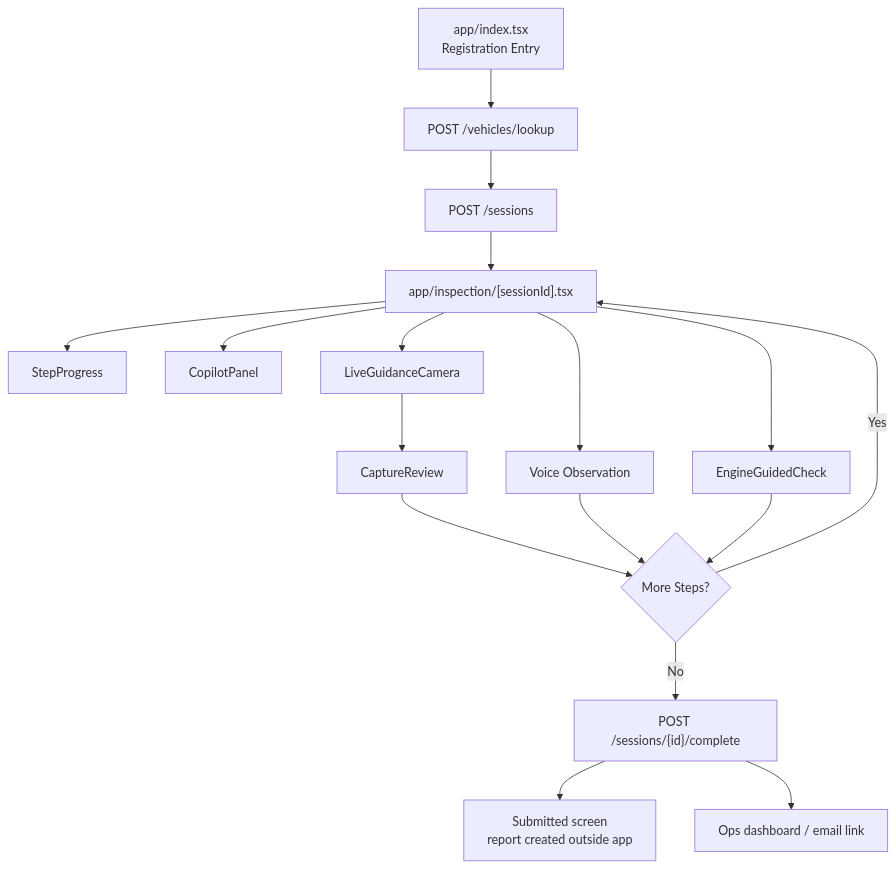
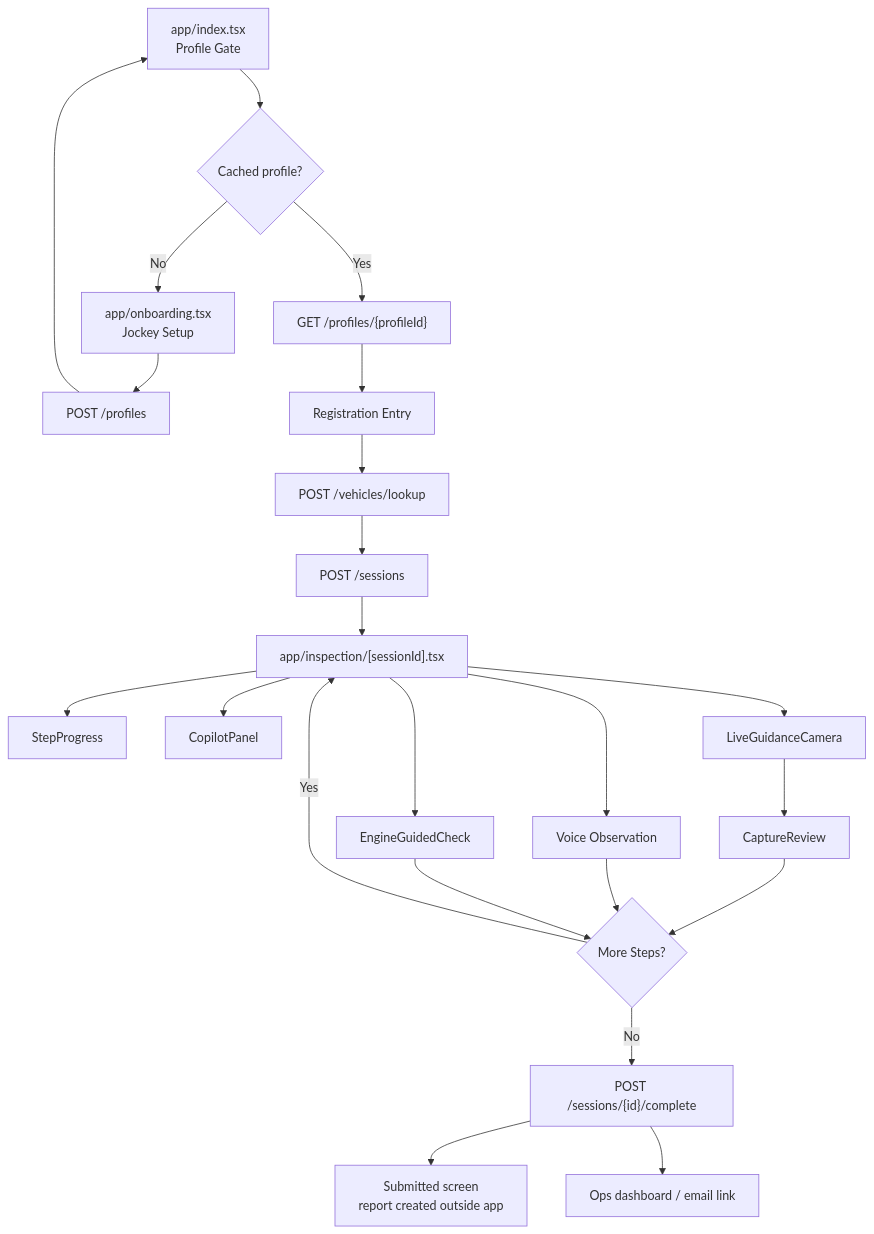
Before and after one commit to adityabhattad2021/Inspection-Copilot: the second of 20 diagrams in ARCHITECTURE.md, drawn with Mermaid. The commit also changed other lines of this file and 18 other files, not shown here.

````diff
--- a/ARCHITECTURE.md
+++ b/ARCHITECTURE.md
@@ -76,21 +79,27 @@
 ```mermaid
 flowchart TD
-  Start["app/index.tsx<br/>Registration Entry"] --> LookupAPI["POST /vehicles/lookup"]
+  Start["app/index.tsx<br/>Profile Gate"] --> ProfileCache{"Cached profile?"}
+  ProfileCache -->|No| Onboarding["app/onboarding.tsx<br/>Jockey Setup"]
+  ProfileCache -->|Yes| GetProfile["GET /profiles/{profileId}"]
+  Onboarding --> CreateProfile["POST /profiles"]
+  CreateProfile --> Start
+  GetProfile --> Lookup["Registration Entry"]
+  Lookup --> LookupAPI["POST /vehicles/lookup"]
   LookupAPI --> SessionAPI["POST /sessions"]
   SessionAPI --> Inspect["app/inspection/[sessionId].tsx"]
 
   Inspect --> Stepper["StepProgress"]
   Inspect --> Copilot["CopilotPanel"]
   Inspect --> Capture["LiveGuidanceCamera"]
   Inspect --> Voice["Voice Observation"]
   Inspect --> Engine["EngineGuidedCheck"]
 
   Capture --> Review["CaptureReview"]
   Review --> NextStep{"More Steps?"}
   Voice --> NextStep
   Engine --> NextStep
   NextStep -->|Yes| Inspect
   NextStep -->|No| CompleteAPI["POST /sessions/{id}/complete"]
   CompleteAPI --> Submitted["Submitted screen<br/>report created outside app"]
   CompleteAPI --> Dashboard["Ops dashboard / email link"]
 ```
````
